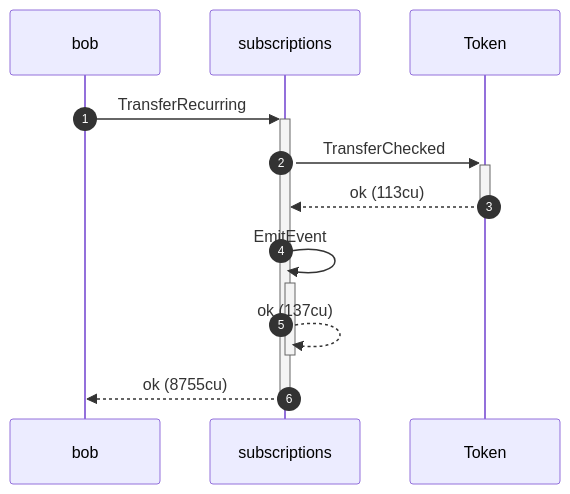
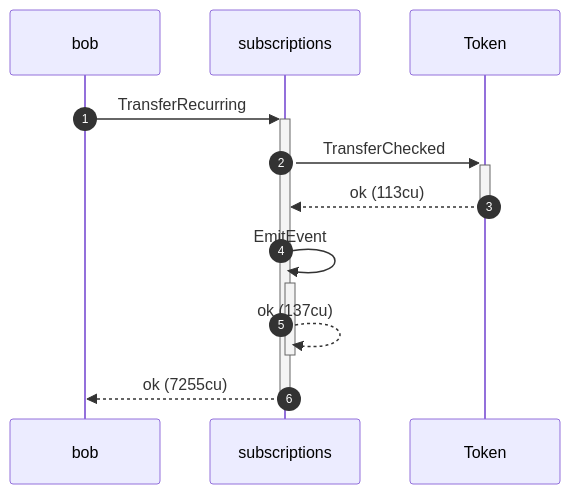
Before and after one commit to cds-rs/subscriptions: diagram 14 of 16 in dsl_tests/recurring-transfer-aligns-the-period-start-when-periods-are-skipped.md, drawn with Mermaid. The commit also changed other lines of this file and 224 other files, not shown here.

````diff
--- a/dsl_tests/recurring-transfer-aligns-the-period-start-when-periods-are-skipped.md
+++ b/dsl_tests/recurring-transfer-aligns-the-period-start-when-periods-are-skipped.md
@@ -295,13 +310,13 @@
 ```mermaid
 sequenceDiagram
     autonumber
     participant bob
     participant subscriptions
     participant Token
     bob ->>+ subscriptions: TransferRecurring
     subscriptions ->>+ Token: TransferChecked
     Token -->>- subscriptions: ok (113cu)
     subscriptions ->>+ subscriptions: EmitEvent
     subscriptions -->>- subscriptions: ok (137cu)
-    subscriptions -->>- bob: ok (8755cu)
+    subscriptions -->>- bob: ok (7255cu)
 ```
````
